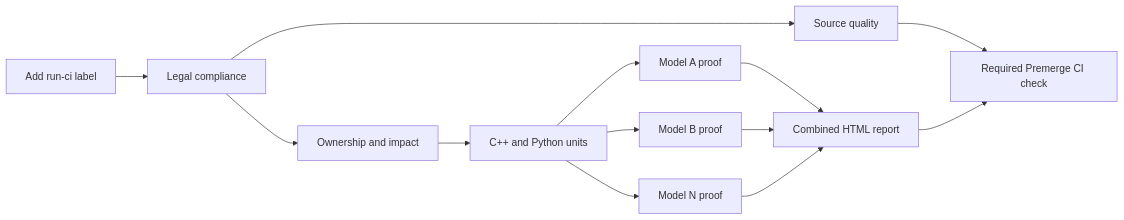
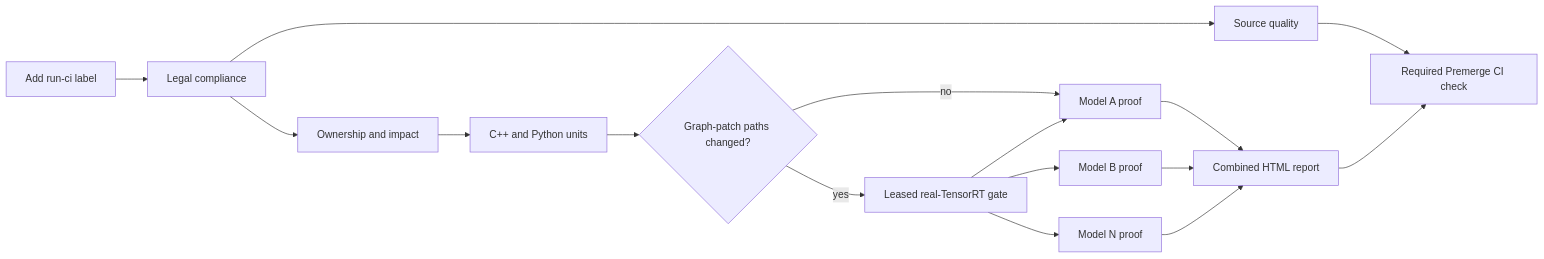
Before and after one commit to NVIDIA/TensorRT-Model-Connect: the diagram in tools/ci/README.md, drawn with Mermaid. The commit also changed other lines of this file and 8 other files, not shown here.

First line of the commit message:
test(ci): require real TRT graph rewiring

````diff
--- a/tools/ci/README.md
+++ b/tools/ci/README.md
@@ -16,15 +16,18 @@
 ```mermaid
 flowchart LR
     A[Add run-ci label] --> B[Legal compliance]
     B --> C[Ownership and impact]
     B --> D[Source quality]
     C --> E[C++ and Python units]
-    E --> F1[Model A proof]
-    E --> F2[Model B proof]
-    E --> FN[Model N proof]
+    E --> GP{Graph-patch paths changed?}
+    GP -->|yes| GT[Leased real-TensorRT gate]
+    GP -->|no| F1[Model A proof]
+    GT --> F1
+    GT --> F2[Model B proof]
+    GT --> FN[Model N proof]
     F1 --> G[Combined HTML report]
     F2 --> G
     FN --> G
     D --> H[Required Premerge CI check]
     G --> H
 ```
````
